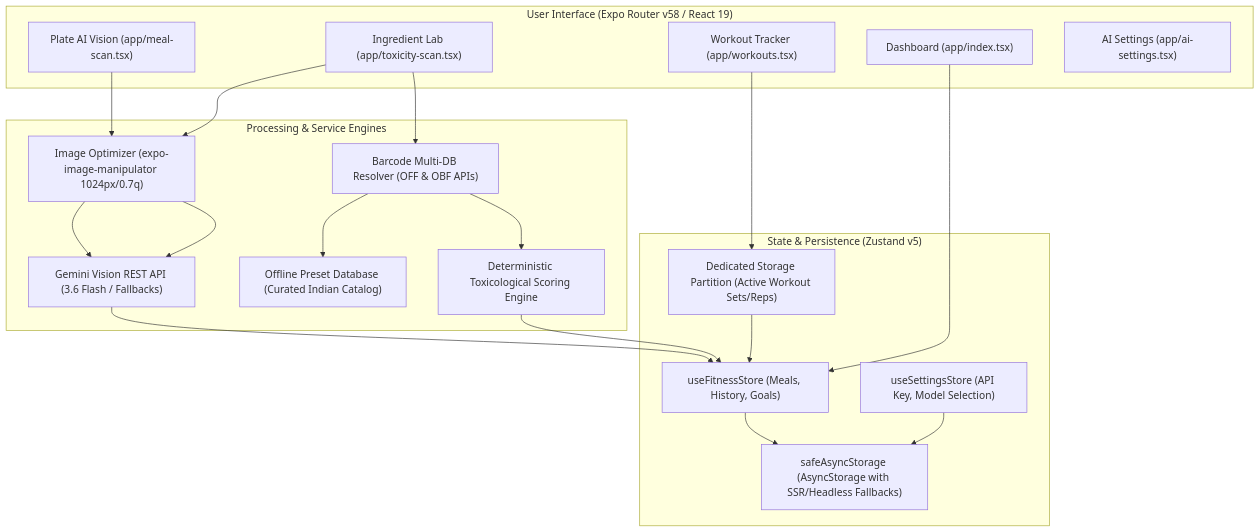
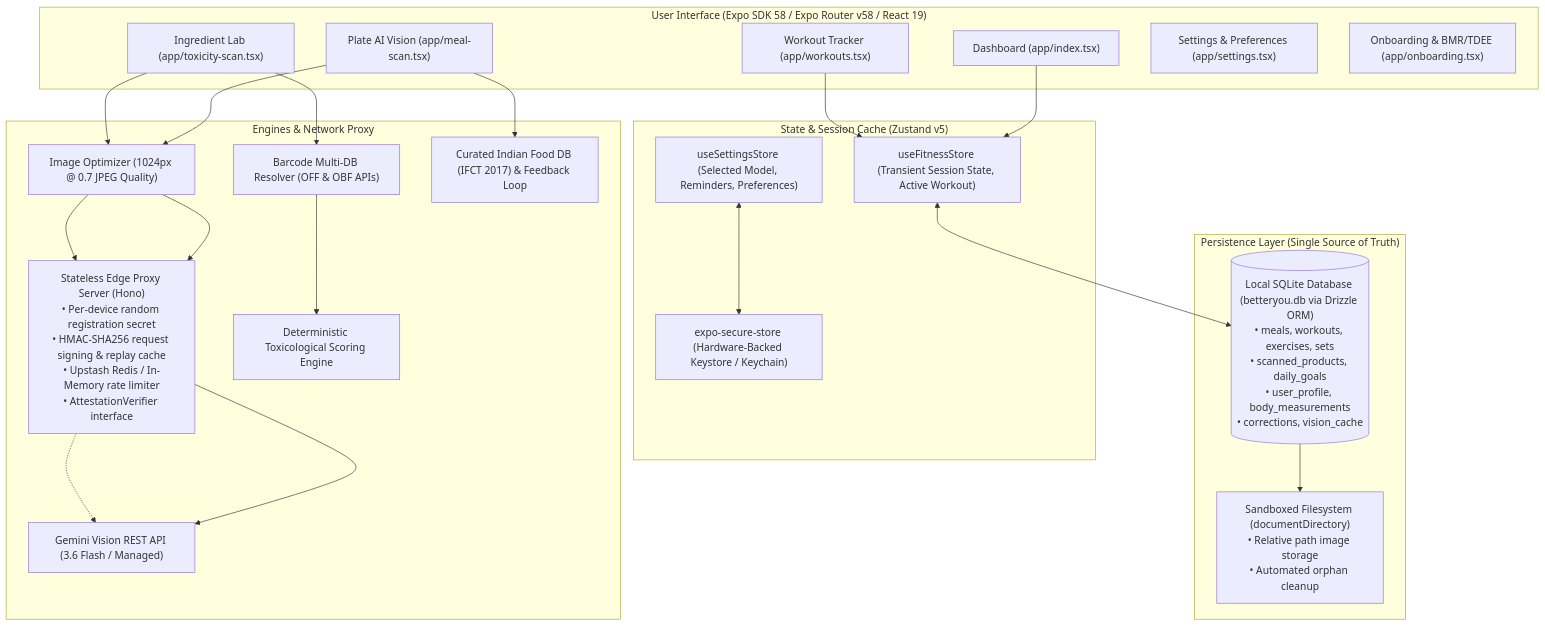
One commit to Anuragx456/BetterYou changed the first of 2 diagrams in README.md. Above: the diagram before and after it, drawn with Mermaid. The commit also changed other lines of this file and 2 other files, not shown here.

Commit message:
docs: update audit remediation status, real filesystem tree, and changelog

````diff
--- a/README.md
+++ b/README.md
@@ -35,35 +35,53 @@
 ```mermaid
 flowchart TD
-    subgraph UI ["User Interface (Expo Router v58 / React 19)"]
+    subgraph UI ["User Interface (Expo SDK 58 / Expo Router v58 / React 19)"]
         Dashboard["Dashboard (app/index.tsx)"]
         PlateScan["Plate AI Vision (app/meal-scan.tsx)"]
         ToxScan["Ingredient Lab (app/toxicity-scan.tsx)"]
         Workouts["Workout Tracker (app/workouts.tsx)"]
-        AISettings["AI Settings (app/ai-settings.tsx)"]
+        Settings["Settings & Preferences (app/settings.tsx)"]
+        Onboarding["Onboarding & BMR/TDEE (app/onboarding.tsx)"]
     end
 
-    subgraph StateManagement ["State & Persistence (Zustand v5)"]
-        FitStore["useFitnessStore (Meals, History, Goals)"]
-        ActiveWorkoutPartition["Dedicated Storage Partition (Active Workout Sets/Reps)"]
-        SetStore["useSettingsStore (API Key, Model Selection)"]
-        SafeStorage["safeAsyncStorage (AsyncStorage with SSR/Headless Fallbacks)"]
+    subgraph StateManagement ["State & Session Cache (Zustand v5)"]
+        FitStore["useFitnessStore (Transient Session State, Active Workout)"]
+        SetStore["useSettingsStore (Selected Model, Reminders, Preferences)"]
+        SecureKeyStore["expo-secure-store (Hardware-Backed Keystore / Keychain)"]
     end
 
-    subgraph ProcessingEngines ["Processing & Service Engines"]
-        ImgOpt["Image Optimizer (expo-image-manipulator 1024px/0.7q)"]
-        GeminiVision["Gemini Vision REST API (3.6 Flash / Fallbacks)"]
+    subgraph Persistence ["Persistence Layer (Single Source of Truth)"]
+        DrizzleSQLite[("Local SQLite Database (betteryou.db via Drizzle ORM)
+• meals, workouts, exercises, sets
+• scanned_products, daily_goals
+• user_profile, body_measurements
+• corrections, vision_cache")]
+        DocumentStorage["Sandboxed Filesystem (documentDirectory)
+• Relative path image storage
+• Automated orphan cleanup"]
+    end
+
+    subgraph ProcessingEngines ["Engines & Network Proxy"]
+        ImgOpt["Image Optimizer (1024px @ 0.7 JPEG Quality)"]
+        EdgeProxy["Stateless Edge Proxy Server (Hono)
+• Per-device random registration secret
+• HMAC-SHA256 request signing & replay cache
+• Upstash Redis / In-Memory rate limiter
+• AttestationVerifier interface"]
+        GeminiVision["Gemini Vision REST API (3.6 Flash / Managed)"]
         BarcodeService["Barcode Multi-DB Resolver (OFF & OBF APIs)"]
-        OfflinePresets["Offline Preset Database (Curated Indian Catalog)"]
+        IndianFoodDB["Curated Indian Food DB (IFCT 2017) & Feedback Loop"]
         ToxEngine["Deterministic Toxicological Scoring Engine"]
     end
 
-    PlateScan --> ImgOpt --> GeminiVision --> FitStore
+    PlateScan --> ImgOpt --> EdgeProxy --> GeminiVision
+    EdgeProxy -.-> GeminiVision
     ToxScan --> BarcodeService
-    ToxScan --> ImgOpt --> GeminiVision
-    BarcodeService --> OfflinePresets
-    BarcodeService --> ToxEngine --> FitStore
-    Workouts --> ActiveWorkoutPartition --> FitStore
-    FitStore --> SafeStorage
-    SetStore --> SafeStorage
+    ToxScan --> ImgOpt --> EdgeProxy
+    BarcodeService --> ToxEngine
+    PlateScan --> IndianFoodDB
+    FitStore <--> DrizzleSQLite
+    SetStore <--> SecureKeyStore
+    DrizzleSQLite --> DocumentStorage
     Dashboard --> FitStore
+    Workouts --> FitStore
 ```
````
